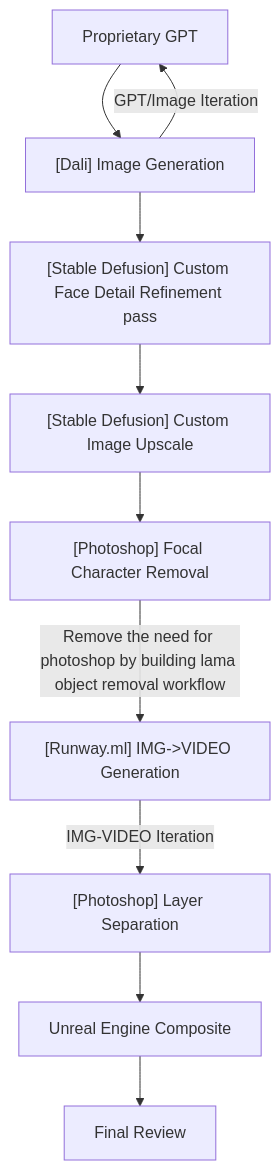
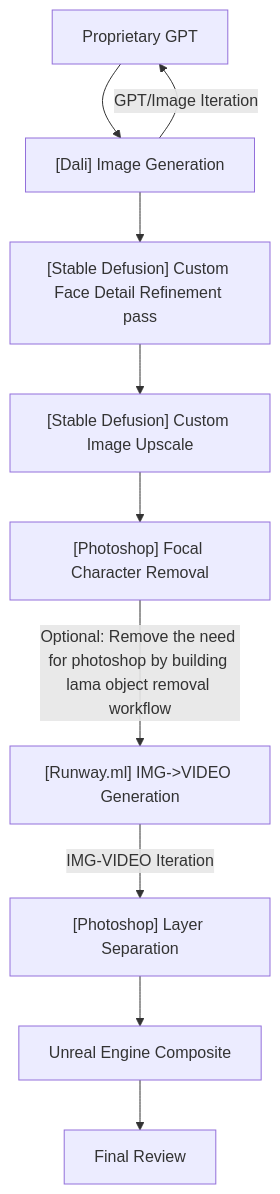
The diagram in bg-Character-workflow.md (diamond-one/hybrid-AI-animated-shorts-pipeline), drawn with Mermaid before and after one commit.

Commit message:
modifications to bg-character workflow

````diff
--- a/bg-Character-workflow.md
+++ b/bg-Character-workflow.md
@@ -3,23 +3,23 @@
 ```mermaid
 flowchart TD
     node1["Proprietary GPT"]
     node2["[Dali] Image Generation"]
     node2a["[Photoshop] Focal Character Removal"]
     node4["[Stable Defusion] Custom Face Detail Refinement pass"]
     node5["[Stable Defusion] Custom Image Upscale"]
     node6["[Runway.ml] IMG->VIDEO Generation"]
     node7["[Photoshop] Layer Separation"]
     node8["Unreal Engine Composite"]
     node9["Final Review"]
 
     node1 --> node2
     node2 -- GPT/Image Iteration--> node1
     node2 --> node4
     node4 --> node5
     node5 --> node2a
-    node2a--Remove the need for photoshop by building lama object removal workflow--> node6
+    node2a--Optional: Remove the need for photoshop by building lama object removal workflow--> node6
     node6 --IMG-VIDEO Iteration --> node7
     node7 --> node8
     node8 --> node9
 
 ```
````
